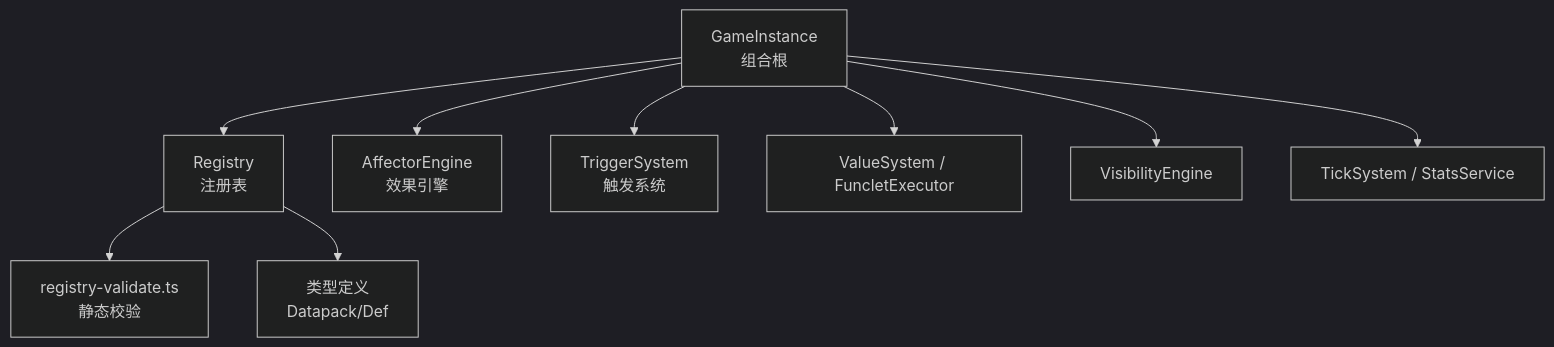
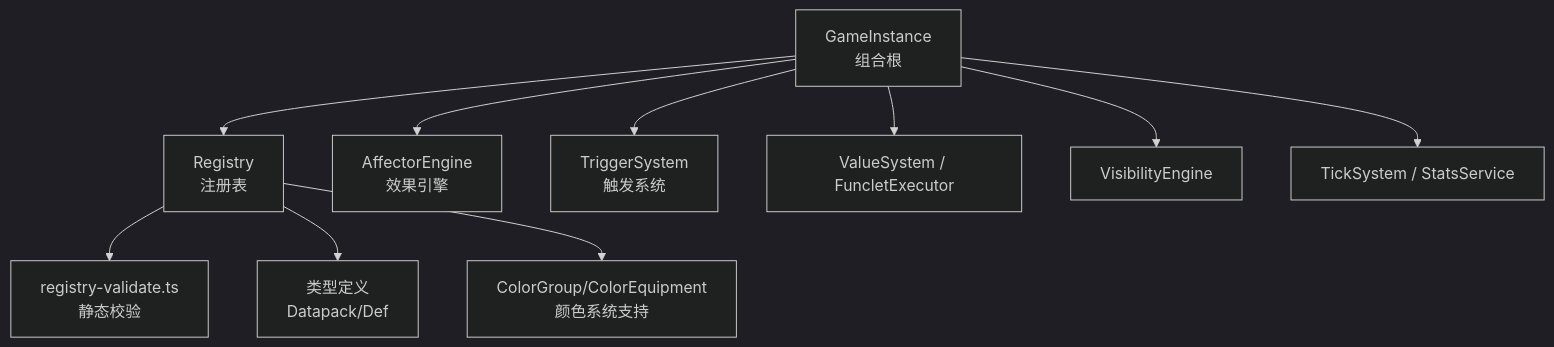
The first of 8 diagrams in .qoder/repowiki/zh/content/数据系统/注册表系统.md (EsiLA9/Arona-Clicker), drawn with Mermaid (dark theme) before and after one commit. The commit also changed other lines of this file and 76 other files, not shown here.

````diff
--- a/.qoder/repowiki/zh/content/数据系统/注册表系统.md
+++ b/.qoder/repowiki/zh/content/数据系统/注册表系统.md
@@ -34,11 +47,12 @@
 ```mermaid
 graph TB
 A["GameInstance<br/>组合根"] --> B["Registry<br/>注册表"]
 A --> C["AffectorEngine<br/>效果引擎"]
 A --> D["TriggerSystem<br/>触发系统"]
 A --> E["ValueSystem / FuncletExecutor"]
 A --> F["VisibilityEngine"]
 A --> G["TickSystem / StatsService"]
 B --> H["registry-validate.ts<br/>静态校验"]
 B --> I["类型定义<br/>Datapack/Def"]
+B --> J["ColorGroup/ColorEquipment<br/>颜色系统支持"]
 ```
````
